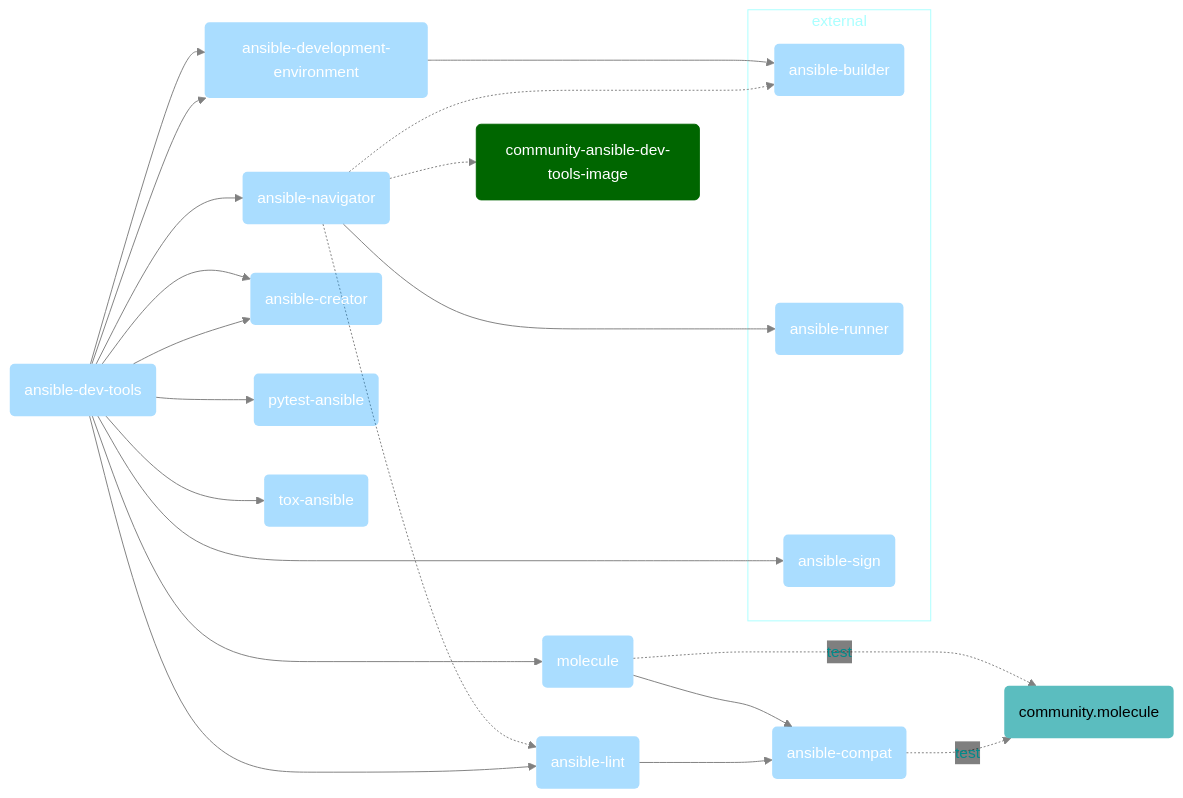
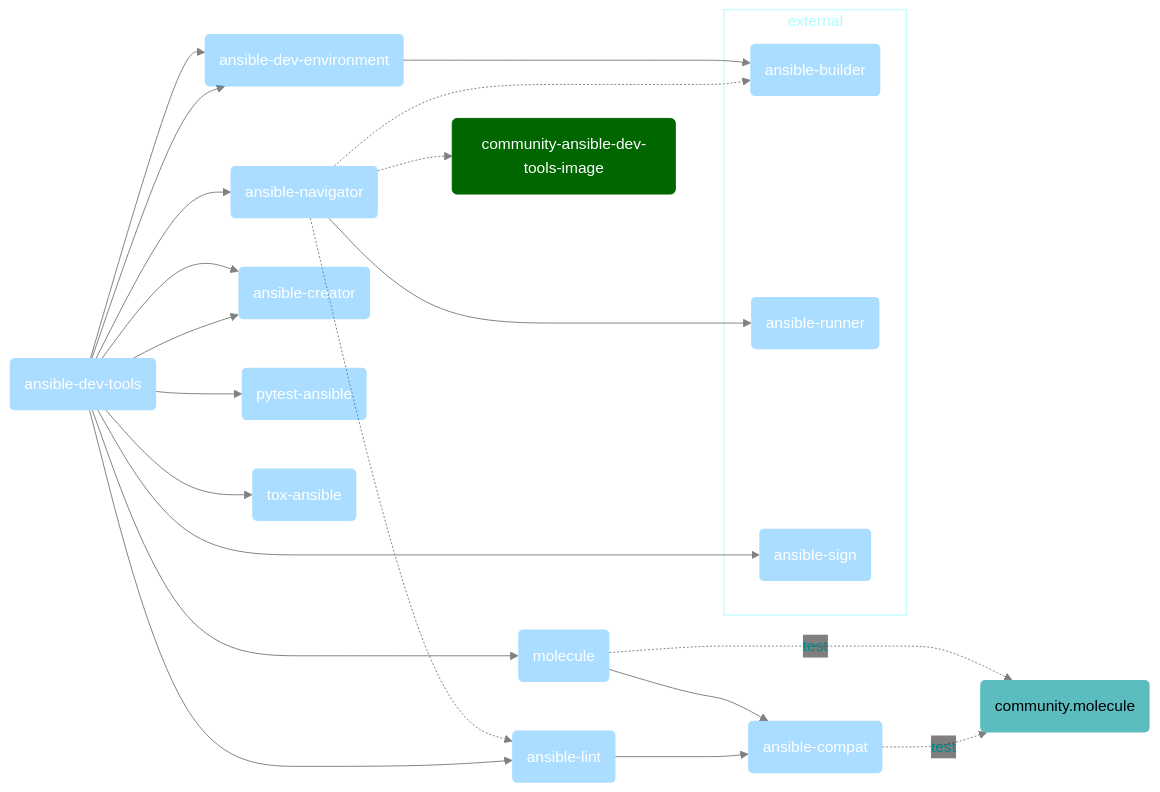
Before and after one commit to ansible/team-devtools: the first of 4 diagrams in README.md, drawn with Mermaid. The commit also changed other lines of this file and 2 other files, not shown here.

Commit message:
Change format of repository config
Adopts a more flexible configuration for repository configuration.

````diff
--- a/README.md
+++ b/README.md
@@ -14,74 +14,74 @@
 ```mermaid
 %%{init: {'theme':'neutral', 'themeVariables': { 'edgeLabelBackground': 'transparent'}}}%%
 graph LR
 
   lint(ansible-lint):::pyclass
   compat(ansible-compat):::pyclass
   navigator(ansible-navigator):::pyclass
   adt(ansible-dev-tools):::pyclass;
-  ade(ansible-development-environment):::pyclass
+  ade(ansible-dev-environment):::pyclass
   creator(ansible-creator):::pyclass;
   pytest-ansible(pytest-ansible):::pyclass
   tox-ansible(tox-ansible):::pyclass
   molecule(molecule):::pyclass
   community.molecule(community.molecule):::collectionclass
   builder(ansible-builder):::pyclass
   runner(ansible-runner):::pyclass
   image(community-ansible-dev-tools-image):::containerclass
   sign(ansible-sign):::pyclass
 
   classDef tsclass fill:#f90,stroke:#f90,color:#333
   classDef containerclass fill:#060,stroke:#060,color:#fff
   classDef collectionclass fill:#5bbdbf,stroke-width:0px
   classDef pyclass fill:#09f5,stroke:#09f0,color:#fff
   style external color:#0FF5,fill:#fff0,stroke:#0FF5
   linkStyle default stroke:grey,text-decoration:none
 
 subgraph external
   builder
   runner
   sign
 end
 
   adt --> lint
   adt --> navigator
   adt --> molecule
   adt --> ade
   adt --> creator
   adt --> sign
 
   lint --> compat
   compat -. test .-> community.molecule
   molecule --> compat
   molecule -. test .-> community.molecule:::collectionclass
 
   navigator -.-> lint
   navigator -.-> image
   navigator --> runner
   navigator -..-> builder
 
   adt --> ade;
   adt --> creator
   adt --> pytest-ansible
   adt --> tox-ansible;
 
   ade --> builder;
 
   click adt "https://github.com/ansible/ansible-dev-tools"
-  click ade "https://github.com/ansible/ansible-development-environment"
+  click ade "https://github.com/ansible/ansible-dev-environment"
   click runner "https://github.com/ansible/ansible-runner"
   click builder "https://github.com/ansible/ansible-builder"
   click community.molecule "https://github.com/ansible-collections/community.molecule"
   click molecule href "https://github.com/ansible/molecule"
   click image href "#container-image"
   click ws "https://github.com/ansible/ansible-workspace-env-reference-image"
   click lint href "https://github.com/ansible/ansible-lint"
   click compat href "https://github.com/ansible/ansible-compat"
   click navigator href "https://github.com/ansible/ansible-navigator"
   click creator href "https://github.com/ansible/ansible-creator"
   click tox-ansible href "https://github.com/ansible/tox-ansible"
   click pytest-ansible href "https://github.com/ansible/pytest-ansible"
 
   linkStyle 0,1,2,3,4,5,6,7,8,9 color:darkcyan
 
 ```
````
